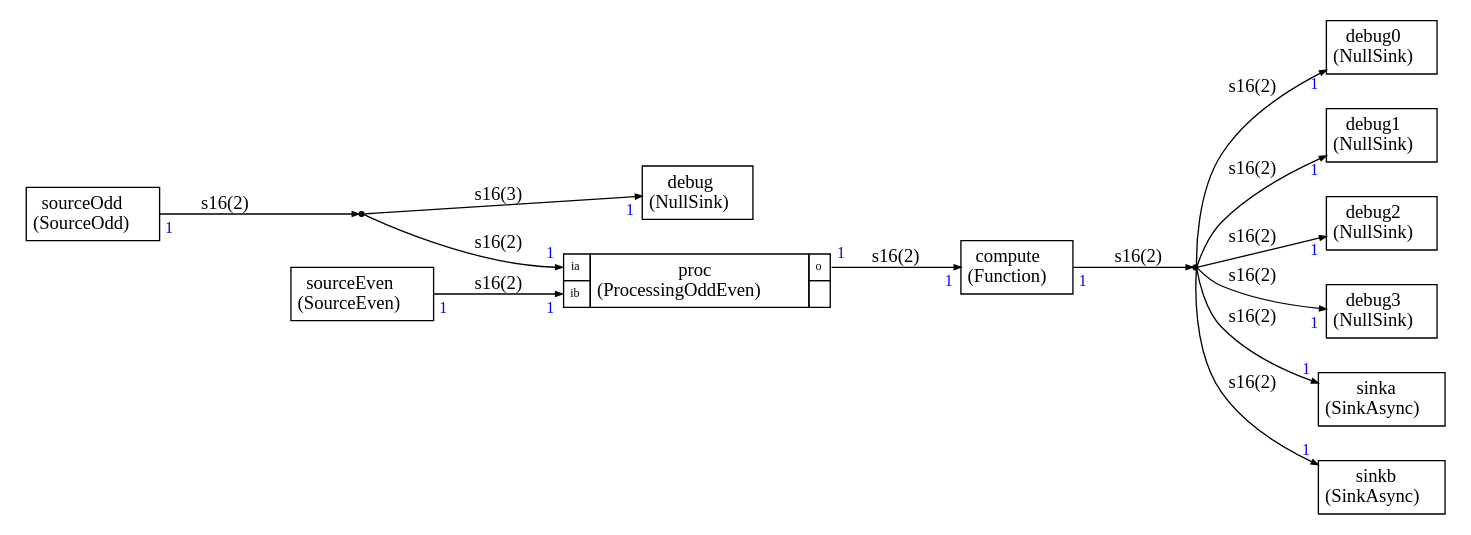
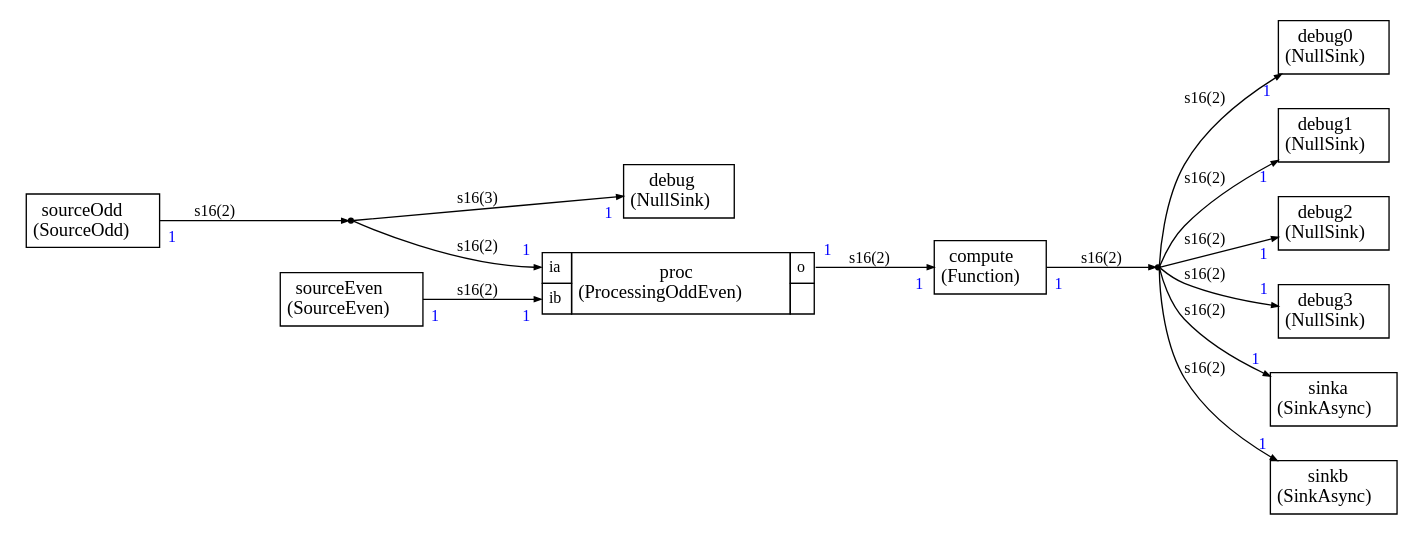
One commit to ARM-software/CMSIS-Stream changed the diagram in Examples/example10/test.dot. Above: the diagram before and after it, drawn with Graphviz. The commit also changed 200 other files, not shown here.

First line of the commit message:
Preliminary work on graph styling

```diff
--- a/Examples/example10/test.dot
+++ b/Examples/example10/test.dot
@@ -1,177 +1,177 @@
 
 
 
 
 digraph structs {
-    node [shape=plaintext]
+    bgcolor = "white"
+    node [shape=plaintext,color="black",fontcolor="black",fontname="Times-Roman"]
     rankdir=LR
-    edge [arrowsize=0.5]
-    fontname="times"
+    edge [arrowsize="0.5",color="black",fontcolor="black",fontname="Times-Roman"]
 
 
 compute1 [label=<
-<TABLE BORDER="0" CELLBORDER="1" CELLSPACING="0" CELLPADDING="4">
+<TABLE color="black" bgcolor="none" BORDER="0" CELLBORDER="1" CELLSPACING="0" CELLPADDING="4">
   <TR>
-    <TD ALIGN="CENTER" PORT="i">compute<BR/>(Function)</TD>
+    <TD ALIGN="CENTER" PORT="i"><FONT COLOR="black" POINT-SIZE="14.0">compute<BR/>(Function)</FONT></TD>
   </TR>
 </TABLE>>];
 
 debug [label=<
-<TABLE BORDER="0" CELLBORDER="1" CELLSPACING="0" CELLPADDING="4">
+<TABLE color="black" bgcolor="none" BORDER="0" CELLBORDER="1" CELLSPACING="0" CELLPADDING="4">
   <TR>
-    <TD ALIGN="CENTER" PORT="i">debug<BR/>(NullSink)</TD>
+    <TD ALIGN="CENTER" PORT="i"><FONT COLOR="black" POINT-SIZE="14.0">debug<BR/>(NullSink)</FONT></TD>
   </TR>
 </TABLE>>];
 
 debug0 [label=<
-<TABLE BORDER="0" CELLBORDER="1" CELLSPACING="0" CELLPADDING="4">
+<TABLE color="black" bgcolor="none" BORDER="0" CELLBORDER="1" CELLSPACING="0" CELLPADDING="4">
   <TR>
-    <TD ALIGN="CENTER" PORT="i">debug0<BR/>(NullSink)</TD>
+    <TD ALIGN="CENTER" PORT="i"><FONT COLOR="black" POINT-SIZE="14.0">debug0<BR/>(NullSink)</FONT></TD>
   </TR>
 </TABLE>>];
 
 debug1 [label=<
-<TABLE BORDER="0" CELLBORDER="1" CELLSPACING="0" CELLPADDING="4">
+<TABLE color="black" bgcolor="none" BORDER="0" CELLBORDER="1" CELLSPACING="0" CELLPADDING="4">
   <TR>
-    <TD ALIGN="CENTER" PORT="i">debug1<BR/>(NullSink)</TD>
+    <TD ALIGN="CENTER" PORT="i"><FONT COLOR="black" POINT-SIZE="14.0">debug1<BR/>(NullSink)</FONT></TD>
   </TR>
 </TABLE>>];
 
 debug2 [label=<
-<TABLE BORDER="0" CELLBORDER="1" CELLSPACING="0" CELLPADDING="4">
+<TABLE color="black" bgcolor="none" BORDER="0" CELLBORDER="1" CELLSPACING="0" CELLPADDING="4">
   <TR>
-    <TD ALIGN="CENTER" PORT="i">debug2<BR/>(NullSink)</TD>
+    <TD ALIGN="CENTER" PORT="i"><FONT COLOR="black" POINT-SIZE="14.0">debug2<BR/>(NullSink)</FONT></TD>
   </TR>
 </TABLE>>];
 
 debug3 [label=<
-<TABLE BORDER="0" CELLBORDER="1" CELLSPACING="0" CELLPADDING="4">
+<TABLE color="black" bgcolor="none" BORDER="0" CELLBORDER="1" CELLSPACING="0" CELLPADDING="4">
   <TR>
-    <TD ALIGN="CENTER" PORT="i">debug3<BR/>(NullSink)</TD>
+    <TD ALIGN="CENTER" PORT="i"><FONT COLOR="black" POINT-SIZE="14.0">debug3<BR/>(NullSink)</FONT></TD>
   </TR>
 </TABLE>>];
 
-dup0 [shape=point,label=dup0]
+dup0 [shape=point,label="dup0"]
 
-dup1 [shape=point,label=dup1]
+dup1 [shape=point,label="dup1"]
 
 
 proc [label=<
-<TABLE BORDER="0" CELLBORDER="1" CELLSPACING="0" CELLPADDING="4">
+<TABLE color="black" bgcolor="none" BORDER="0" CELLBORDER="1" CELLSPACING="0" CELLPADDING="4">
   <TR>
-    <TD PORT="ia"><FONT POINT-SIZE="9.0">ia</FONT></TD>
-    <TD ALIGN="CENTER" ROWSPAN="2">proc<BR/>(ProcessingOddEven)</TD>
-    <TD PORT="o"><FONT POINT-SIZE="9.0">o</FONT></TD>
+    <TD PORT="ia"><FONT POINT-SIZE="12.0" COLOR="black">ia</FONT></TD>
+    <TD ALIGN="CENTER" ROWSPAN="2"><FONT COLOR="black" POINT-SIZE="14.0">proc<BR/>(ProcessingOddEven)</FONT></TD>
+    <TD PORT="o"><FONT POINT-SIZE="12.0" COLOR="black">o</FONT></TD>
   </TR>
 <TR>
-<TD PORT="ib"><FONT POINT-SIZE="9.0">ib</FONT></TD>
+<TD PORT="ib"><FONT POINT-SIZE="12.0" COLOR="black">ib</FONT></TD>
 
  
 <TD></TD></TR>
 
 </TABLE>>];
 
 sinka [label=<
-<TABLE BORDER="0" CELLBORDER="1" CELLSPACING="0" CELLPADDING="4">
+<TABLE color="black" bgcolor="none" BORDER="0" CELLBORDER="1" CELLSPACING="0" CELLPADDING="4">
   <TR>
-    <TD ALIGN="CENTER" PORT="i">sinka<BR/>(SinkAsync)</TD>
+    <TD ALIGN="CENTER" PORT="i"><FONT COLOR="black" POINT-SIZE="14.0">sinka<BR/>(SinkAsync)</FONT></TD>
   </TR>
 </TABLE>>];
 
 sinkb [label=<
-<TABLE BORDER="0" CELLBORDER="1" CELLSPACING="0" CELLPADDING="4">
+<TABLE color="black" bgcolor="none" BORDER="0" CELLBORDER="1" CELLSPACING="0" CELLPADDING="4">
   <TR>
-    <TD ALIGN="CENTER" PORT="i">sinkb<BR/>(SinkAsync)</TD>
+    <TD ALIGN="CENTER" PORT="i"><FONT COLOR="black" POINT-SIZE="14.0">sinkb<BR/>(SinkAsync)</FONT></TD>
   </TR>
 </TABLE>>];
 
 sourceEven [label=<
-<TABLE BORDER="0" CELLBORDER="1" CELLSPACING="0" CELLPADDING="4">
+<TABLE color="black" bgcolor="none" BORDER="0" CELLBORDER="1" CELLSPACING="0" CELLPADDING="4">
   <TR>
-    <TD ALIGN="CENTER" PORT="i">sourceEven<BR/>(SourceEven)</TD>
+    <TD ALIGN="CENTER" PORT="i"><FONT COLOR="black" POINT-SIZE="14.0">sourceEven<BR/>(SourceEven)</FONT></TD>
   </TR>
 </TABLE>>];
 
 sourceOdd [label=<
-<TABLE BORDER="0" CELLBORDER="1" CELLSPACING="0" CELLPADDING="4">
+<TABLE color="black" bgcolor="none" BORDER="0" CELLBORDER="1" CELLSPACING="0" CELLPADDING="4">
   <TR>
-    <TD ALIGN="CENTER" PORT="i">sourceOdd<BR/>(SourceOdd)</TD>
+    <TD ALIGN="CENTER" PORT="i"><FONT COLOR="black" POINT-SIZE="14.0">sourceOdd<BR/>(SourceOdd)</FONT></TD>
   </TR>
 </TABLE>>];
 
 
 
-sourceEven:i -> proc:ib [label="s16(2)"
-,headlabel=<<TABLE BORDER="0" CELLPADDING="2"><TR><TD><FONT COLOR="blue" POINT-SIZE="12.0" >1</FONT>
+sourceEven:i -> proc:ib [style="solid",color="black",fontsize="12.0",fontcolor="black",label=<s16(2)>
+,headlabel=<<TABLE BORDER="0" CELLPADDING="4"><TR><TD><FONT COLOR="blue" POINT-SIZE="12.0" >1</FONT>
 </TD></TR></TABLE>>
-,taillabel=<<TABLE BORDER="0" CELLPADDING="2"><TR><TD><FONT COLOR="blue" POINT-SIZE="12.0" >1</FONT>
+,taillabel=<<TABLE BORDER="0" CELLPADDING="4"><TR><TD><FONT COLOR="blue" POINT-SIZE="12.0" >1</FONT>
 </TD></TR></TABLE>>]
 
-proc:o -> compute1:i [label="s16(2)"
-,headlabel=<<TABLE BORDER="0" CELLPADDING="2"><TR><TD><FONT COLOR="blue" POINT-SIZE="12.0" >1</FONT>
+proc:o -> compute1:i [style="solid",color="black",fontsize="12.0",fontcolor="black",label=<s16(2)>
+,headlabel=<<TABLE BORDER="0" CELLPADDING="4"><TR><TD><FONT COLOR="blue" POINT-SIZE="12.0" >1</FONT>
 </TD></TR></TABLE>>
-,taillabel=<<TABLE BORDER="0" CELLPADDING="2"><TR><TD><FONT COLOR="blue" POINT-SIZE="12.0" >1</FONT>
+,taillabel=<<TABLE BORDER="0" CELLPADDING="4"><TR><TD><FONT COLOR="blue" POINT-SIZE="12.0" >1</FONT>
 </TD></TR></TABLE>>]
 
 sourceOdd:i ->  
-dup0 [label="s16(2)"
+dup0 [style="solid",color="black",fontsize="12.0",fontcolor="black",label=<s16(2)>
 
-,taillabel=<<TABLE BORDER="0" CELLPADDING="2"><TR><TD><FONT COLOR="blue" POINT-SIZE="12.0" >1</FONT>
+,taillabel=<<TABLE BORDER="0" CELLPADDING="4"><TR><TD><FONT COLOR="blue" POINT-SIZE="12.0" >1</FONT>
 </TD></TR></TABLE>>]
 
  
-dup0 -> proc:ia [label="s16(2)"
-,headlabel=<<TABLE BORDER="0" CELLPADDING="2"><TR><TD><FONT COLOR="blue" POINT-SIZE="12.0" >1</FONT>
+dup0 -> proc:ia [style="solid",color="black",fontsize="12.0",fontcolor="black",label=<s16(2)>
+,headlabel=<<TABLE BORDER="0" CELLPADDING="4"><TR><TD><FONT COLOR="blue" POINT-SIZE="12.0" >1</FONT>
 </TD></TR></TABLE>>
 ]
 
  
-dup0 -> debug:i [label="s16(3)"
-,headlabel=<<TABLE BORDER="0" CELLPADDING="2"><TR><TD><FONT COLOR="blue" POINT-SIZE="12.0" >1</FONT>
+dup0 -> debug:i [style="solid",color="black",fontsize="12.0",fontcolor="black",label=<s16(3)>
+,headlabel=<<TABLE BORDER="0" CELLPADDING="4"><TR><TD><FONT COLOR="blue" POINT-SIZE="12.0" >1</FONT>
 </TD></TR></TABLE>>
 ]
 
 compute1:i ->  
-dup1 [label="s16(2)"
+dup1 [style="solid",color="black",fontsize="12.0",fontcolor="black",label=<s16(2)>
 
-,taillabel=<<TABLE BORDER="0" CELLPADDING="2"><TR><TD><FONT COLOR="blue" POINT-SIZE="12.0" >1</FONT>
+,taillabel=<<TABLE BORDER="0" CELLPADDING="4"><TR><TD><FONT COLOR="blue" POINT-SIZE="12.0" >1</FONT>
 </TD></TR></TABLE>>]
 
  
-dup1 -> sinka:i [label="s16(2)"
-,headlabel=<<TABLE BORDER="0" CELLPADDING="2"><TR><TD><FONT COLOR="blue" POINT-SIZE="12.0" >1</FONT>
+dup1 -> sinka:i [style="solid",color="black",fontsize="12.0",fontcolor="black",label=<s16(2)>
+,headlabel=<<TABLE BORDER="0" CELLPADDING="4"><TR><TD><FONT COLOR="blue" POINT-SIZE="12.0" >1</FONT>
 </TD></TR></TABLE>>
 ]
 
  
-dup1 -> sinkb:i [label="s16(2)"
-,headlabel=<<TABLE BORDER="0" CELLPADDING="2"><TR><TD><FONT COLOR="blue" POINT-SIZE="12.0" >1</FONT>
+dup1 -> sinkb:i [style="solid",color="black",fontsize="12.0",fontcolor="black",label=<s16(2)>
+,headlabel=<<TABLE BORDER="0" CELLPADDING="4"><TR><TD><FONT COLOR="blue" POINT-SIZE="12.0" >1</FONT>
 </TD></TR></TABLE>>
 ]
 
  
-dup1 -> debug0:i [label="s16(2)"
-,headlabel=<<TABLE BORDER="0" CELLPADDING="2"><TR><TD><FONT COLOR="blue" POINT-SIZE="12.0" >1</FONT>
+dup1 -> debug0:i [style="solid",color="black",fontsize="12.0",fontcolor="black",label=<s16(2)>
+,headlabel=<<TABLE BORDER="0" CELLPADDING="4"><TR><TD><FONT COLOR="blue" POINT-SIZE="12.0" >1</FONT>
 </TD></TR></TABLE>>
 ]
 
  
-dup1 -> debug1:i [label="s16(2)"
-,headlabel=<<TABLE BORDER="0" CELLPADDING="2"><TR><TD><FONT COLOR="blue" POINT-SIZE="12.0" >1</FONT>
+dup1 -> debug1:i [style="solid",color="black",fontsize="12.0",fontcolor="black",label=<s16(2)>
+,headlabel=<<TABLE BORDER="0" CELLPADDING="4"><TR><TD><FONT COLOR="blue" POINT-SIZE="12.0" >1</FONT>
 </TD></TR></TABLE>>
 ]
 
  
-dup1 -> debug2:i [label="s16(2)"
-,headlabel=<<TABLE BORDER="0" CELLPADDING="2"><TR><TD><FONT COLOR="blue" POINT-SIZE="12.0" >1</FONT>
+dup1 -> debug2:i [style="solid",color="black",fontsize="12.0",fontcolor="black",label=<s16(2)>
+,headlabel=<<TABLE BORDER="0" CELLPADDING="4"><TR><TD><FONT COLOR="blue" POINT-SIZE="12.0" >1</FONT>
 </TD></TR></TABLE>>
 ]
 
  
-dup1 -> debug3:i [label="s16(2)"
-,headlabel=<<TABLE BORDER="0" CELLPADDING="2"><TR><TD><FONT COLOR="blue" POINT-SIZE="12.0" >1</FONT>
+dup1 -> debug3:i [style="solid",color="black",fontsize="12.0",fontcolor="black",label=<s16(2)>
+,headlabel=<<TABLE BORDER="0" CELLPADDING="4"><TR><TD><FONT COLOR="blue" POINT-SIZE="12.0" >1</FONT>
 </TD></TR></TABLE>>
 ]
 
 
 }
```
